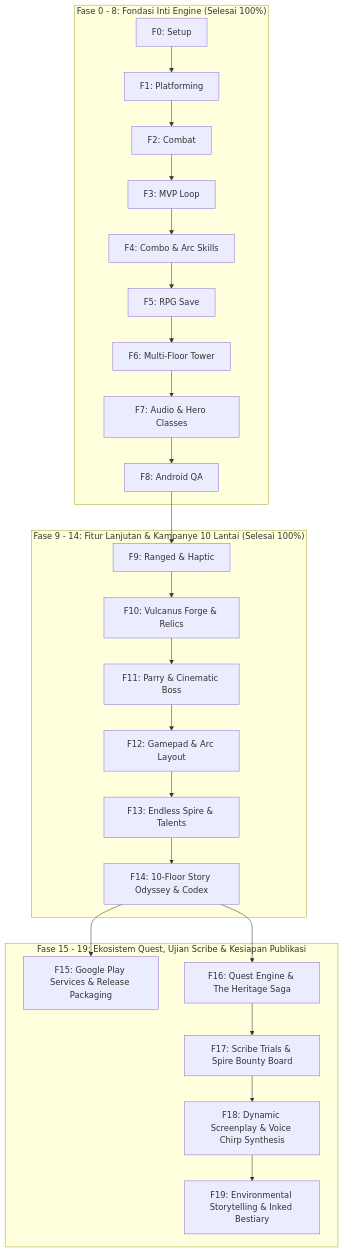
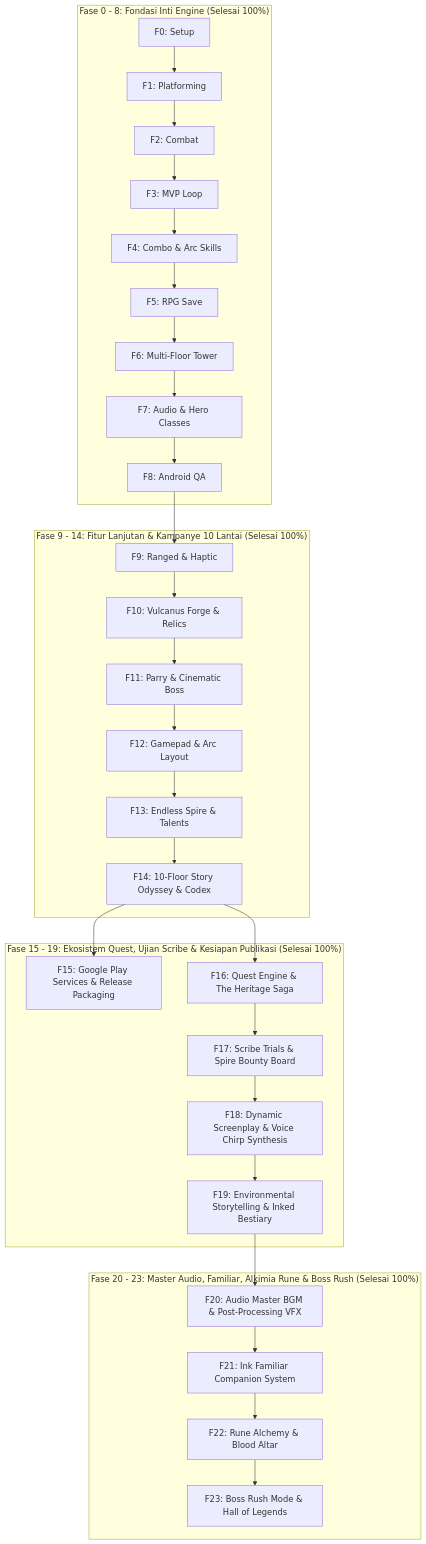
Before and after one commit to muhammadyusuftechid-star/stickman-tower-adventure: the second of 2 diagrams in Alur_Pembuatan_Aplikasi.md, drawn with Mermaid. The commit also changed other lines of this file and 2 other files, not shown here.

Commit message:
docs: synchronize GDD, Lore canon, and roadmap to Phase 23 implementation

````diff
--- a/Alur_Pembuatan_Aplikasi.md
+++ b/Alur_Pembuatan_Aplikasi.md
@@ -30,28 +30,34 @@
 ```mermaid
 flowchart TD
     subgraph Fondasi["Fase 0 - 8: Fondasi Inti Engine (Selesai 100%)"]
         Fase0["F0: Setup"] --> Fase1["F1: Platforming"]
         Fase1 --> Fase2["F2: Combat"]
         Fase2 --> Fase3["F3: MVP Loop"]
         Fase3 --> Fase4["F4: Combo & Arc Skills"]
         Fase4 --> Fase5["F5: RPG Save"]
         Fase5 --> Fase6["F6: Multi-Floor Tower"]
         Fase6 --> Fase7["F7: Audio & Hero Classes"]
         Fase7 --> Fase8["F8: Android QA"]
     end
     subgraph EkspansiInti["Fase 9 - 14: Fitur Lanjutan & Kampanye 10 Lantai (Selesai 100%)"]
         Fase8 --> Fase9["F9: Ranged & Haptic"]
         Fase9 --> Fase10["F10: Vulcanus Forge & Relics"]
         Fase10 --> Fase11["F11: Parry & Cinematic Boss"]
         Fase11 --> Fase12["F12: Gamepad & Arc Layout"]
         Fase12 --> Fase13["F13: Endless Spire & Talents"]
         Fase13 --> Fase14["F14: 10-Floor Story Odyssey & Codex"]
     end
-    subgraph NarasiDanEndgame["Fase 15 - 19: Ekosistem Quest, Ujian Scribe & Kesiapan Publikasi"]
+    subgraph NarasiDanEndgame["Fase 15 - 19: Ekosistem Quest, Ujian Scribe & Kesiapan Publikasi (Selesai 100%)"]
         Fase14 --> Fase15["F15: Google Play Services & Release Packaging"]
         Fase14 --> Fase16["F16: Quest Engine & The Heritage Saga"]
         Fase16 --> Fase17["F17: Scribe Trials & Spire Bounty Board"]
         Fase17 --> Fase18["F18: Dynamic Screenplay & Voice Chirp Synthesis"]
         Fase18 --> Fase19["F19: Environmental Storytelling & Inked Bestiary"]
     end
+    subgraph EndgameLanjutan["Fase 20 - 23: Master Audio, Familiar, Alkimia Rune & Boss Rush (Selesai 100%)"]
+        Fase19 --> Fase20["F20: Audio Master BGM & Post-Processing VFX"]
+        Fase20 --> Fase21["F21: Ink Familiar Companion System"]
+        Fase21 --> Fase22["F22: Rune Alchemy & Blood Altar"]
+        Fase22 --> Fase23["F23: Boss Rush Mode & Hall of Legends"]
+    end
 ```
````
